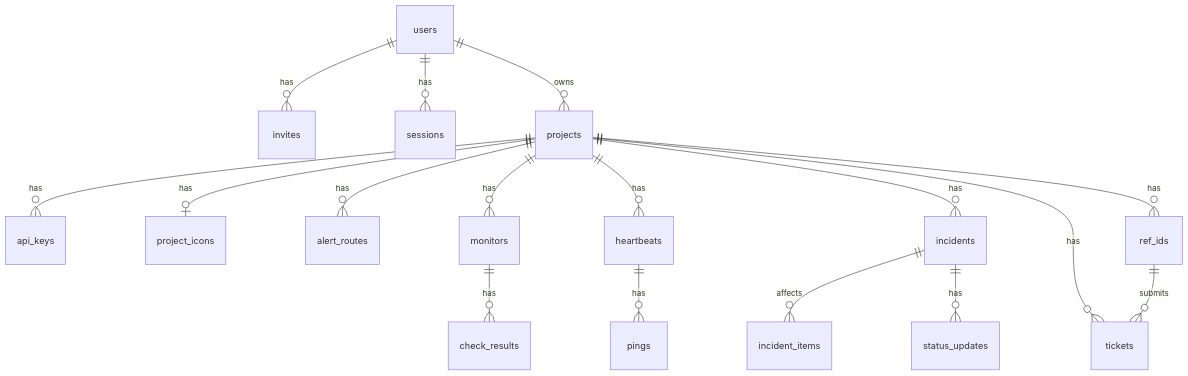
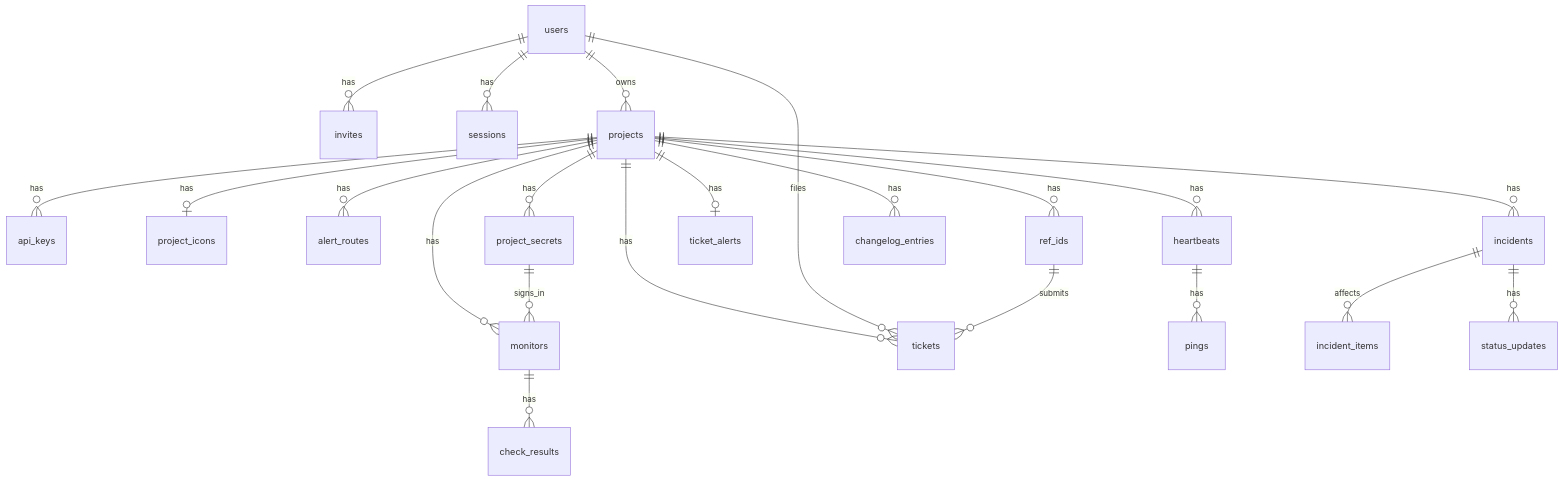
The first of 3 diagrams in docs/technical-specs/06-data-model.md (PT-Perkasa-Pilar-Utama/monita), drawn with Mermaid before and after one commit. The commit also changed other lines of this file and 15 other files, not shown here.

````diff
--- a/docs/technical-specs/06-data-model.md
+++ b/docs/technical-specs/06-data-model.md
@@ -17,19 +19,24 @@
 ```mermaid
 erDiagram
   users ||--o{ invites : has
   users ||--o{ sessions : has
   users ||--o{ projects : owns
   projects ||--o{ api_keys : has
   projects ||--o| project_icons : has
   projects ||--o{ alert_routes : has
   projects ||--o{ monitors : has
   projects ||--o{ heartbeats : has
   projects ||--o{ incidents : has
   projects ||--o{ ref_ids : has
   projects ||--o{ tickets : has
+  projects ||--o| ticket_alerts : has
+  projects ||--o{ project_secrets : has
+  projects ||--o{ changelog_entries : has
+  project_secrets ||--o{ monitors : signs_in
+  users ||--o{ tickets : files
   monitors ||--o{ check_results : has
   heartbeats ||--o{ pings : has
   incidents ||--o{ incident_items : affects
   incidents ||--o{ status_updates : has
   ref_ids ||--o{ tickets : submits
 ```
````
